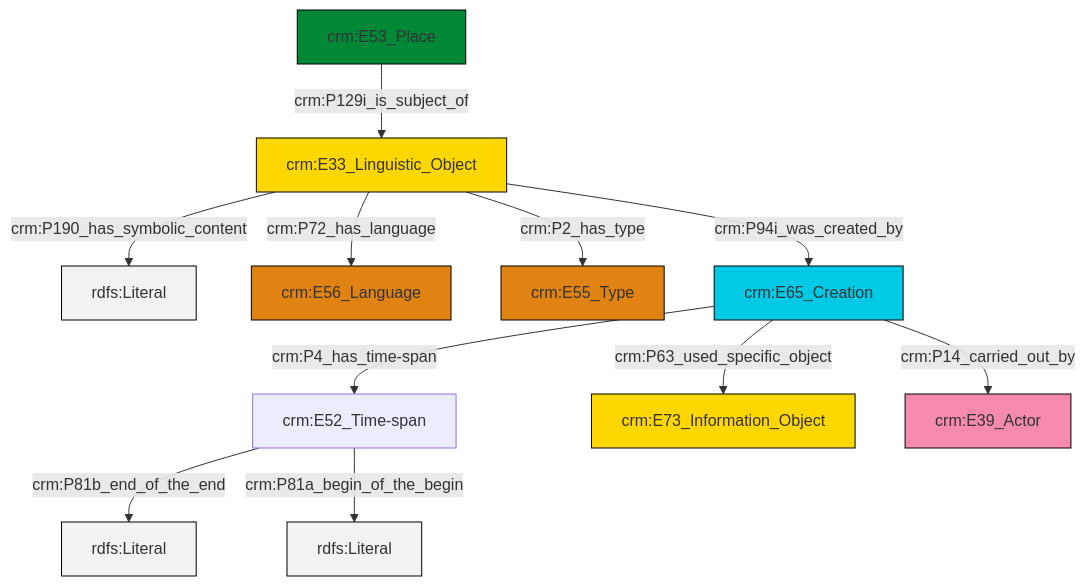
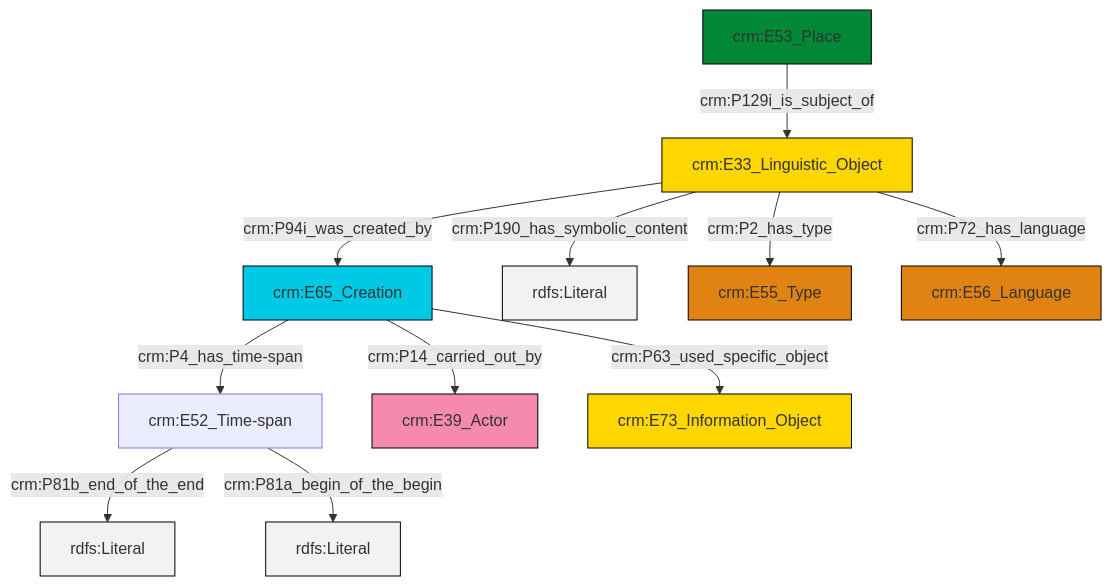
The diagram in et/placeCSV/ttl/mmd/place_description.ttl.mmd (swiss-art-research-net/reference-data-models), drawn with Mermaid before and after one commit. The commit also changed 128 other files, not shown here.

```diff
--- a/et/placeCSV/ttl/mmd/place_description.ttl.mmd
+++ b/et/placeCSV/ttl/mmd/place_description.ttl.mmd
@@ -1,25 +1,25 @@
 graph TD
 classDef Literal fill:#f2f2f2,stroke:#000000;
 classDef CRM_Entity fill:#FFFFFF,stroke:#000000;
 classDef Temporal_Entity fill:#00C9E6, stroke:#000000;
 classDef Type fill:#E18312, stroke:#000000;
 classDef Time-Span fill:#2C9C91, stroke:#000000;
 classDef Appellation fill:#FFEB7F, stroke:#000000;
 classDef Place fill:#008836, stroke:#000000;
 classDef Persistent_Item fill:#B266B2, stroke:#000000;
 classDef Conceptual_Object fill:#FFD700, stroke:#000000;
 classDef Physical_Thing fill:#D2B48C, stroke:#000000;
 classDef Actor fill:#f58aad, stroke:#000000;
 classDef PC_Classes fill:#4ce600, stroke:#000000;
 classDef Multi fill:#cccccc,stroke:#000000;
 
-0["crm:E53_Place"]:::Place -->|crm:P129i_is_subject_of| 1["crm:E33_Linguistic_Object"]:::Conceptual_Object
-1["crm:E33_Linguistic_Object"]:::Conceptual_Object -->|crm:P190_has_symbolic_content| 4[rdfs:Literal]:::Literal
-1["crm:E33_Linguistic_Object"]:::Conceptual_Object -->|crm:P72_has_language| 5["crm:E56_Language"]:::Type
-2["crm:E52_Time-span"]:::Default -->|crm:P81b_end_of_the_end| 14[rdfs:Literal]:::Literal
-1["crm:E33_Linguistic_Object"]:::Conceptual_Object -->|crm:P94i_was_created_by| 15["crm:E65_Creation"]:::Temporal_Entity
-1["crm:E33_Linguistic_Object"]:::Conceptual_Object -->|crm:P2_has_type| 10["crm:E55_Type"]:::Type
-2["crm:E52_Time-span"]:::Default -->|crm:P81a_begin_of_the_begin| 17[rdfs:Literal]:::Literal
-15["crm:E65_Creation"]:::Temporal_Entity -->|crm:P63_used_specific_object| 8["crm:E73_Information_Object"]:::Conceptual_Object
-15["crm:E65_Creation"]:::Temporal_Entity -->|crm:P4_has_time-span| 2["crm:E52_Time-span"]:::Default
-15["crm:E65_Creation"]:::Temporal_Entity -->|crm:P14_carried_out_by| 12["crm:E39_Actor"]:::Actor
+2["crm:E33_Linguistic_Object"]:::Conceptual_Object -->|crm:P190_has_symbolic_content| 3[rdfs:Literal]:::Literal
+2["crm:E33_Linguistic_Object"]:::Conceptual_Object -->|crm:P2_has_type| 6["crm:E55_Type"]:::Type
+4["crm:E52_Time-span"]:::Default -->|crm:P81b_end_of_the_end| 7[rdfs:Literal]:::Literal
+2["crm:E33_Linguistic_Object"]:::Conceptual_Object -->|crm:P72_has_language| 8["crm:E56_Language"]:::Type
+0["crm:E65_Creation"]:::Temporal_Entity -->|crm:P63_used_specific_object| 11["crm:E73_Information_Object"]:::Conceptual_Object
+12["crm:E53_Place"]:::Place -->|crm:P129i_is_subject_of| 2["crm:E33_Linguistic_Object"]:::Conceptual_Object
+0["crm:E65_Creation"]:::Temporal_Entity -->|crm:P14_carried_out_by| 9["crm:E39_Actor"]:::Actor
+2["crm:E33_Linguistic_Object"]:::Conceptual_Object -->|crm:P94i_was_created_by| 0["crm:E65_Creation"]:::Temporal_Entity
+0["crm:E65_Creation"]:::Temporal_Entity -->|crm:P4_has_time-span| 4["crm:E52_Time-span"]:::Default
+4["crm:E52_Time-span"]:::Default -->|crm:P81a_begin_of_the_begin| 18[rdfs:Literal]:::Literal
```
